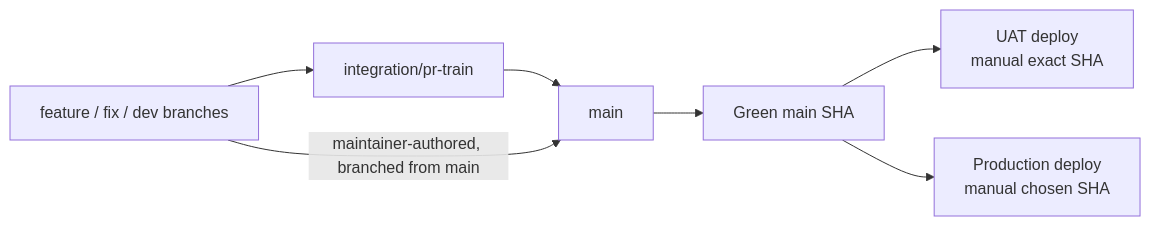
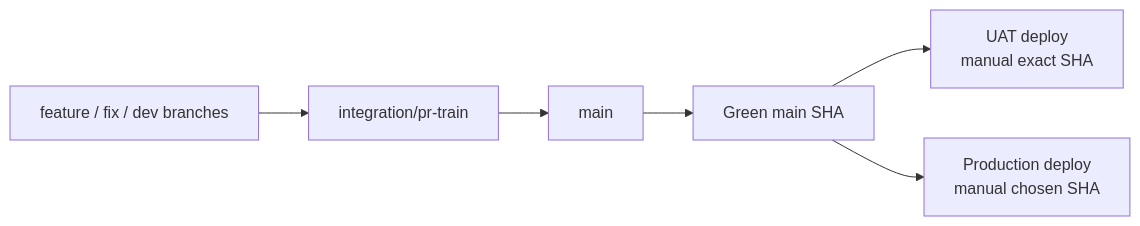
One commit to KARTHI-77/hushh-research changed the diagram in docs/reference/operations/branch-governance.md. Above: the diagram before and after it, drawn with Mermaid. The commit also changed other lines of this file and 637 other files, not shown here.

````diff
--- a/docs/reference/operations/branch-governance.md
+++ b/docs/reference/operations/branch-governance.md
@@ -31,13 +6,12 @@
 ```mermaid
 flowchart LR
   feature["feature / fix / dev branches"]
   train["integration/pr-train"]
   main["main"]
   green["Green main SHA"]
   uat["UAT deploy<br/>manual exact SHA"]
   prod["Production deploy<br/>manual chosen SHA"]
   feature --> train --> main --> green
-  feature -->|maintainer-authored, branched from main| main
   green --> uat
   green --> prod
 ```
````
